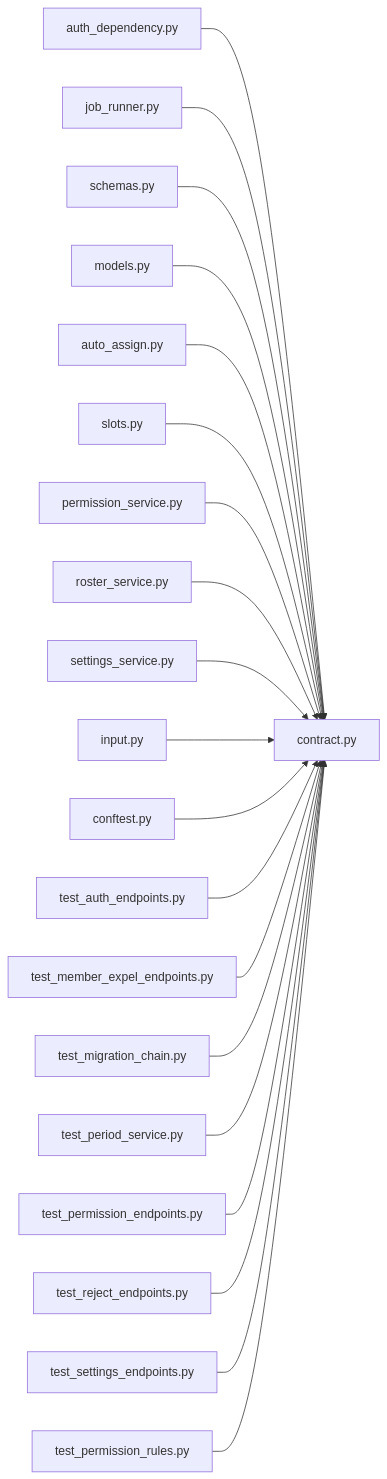
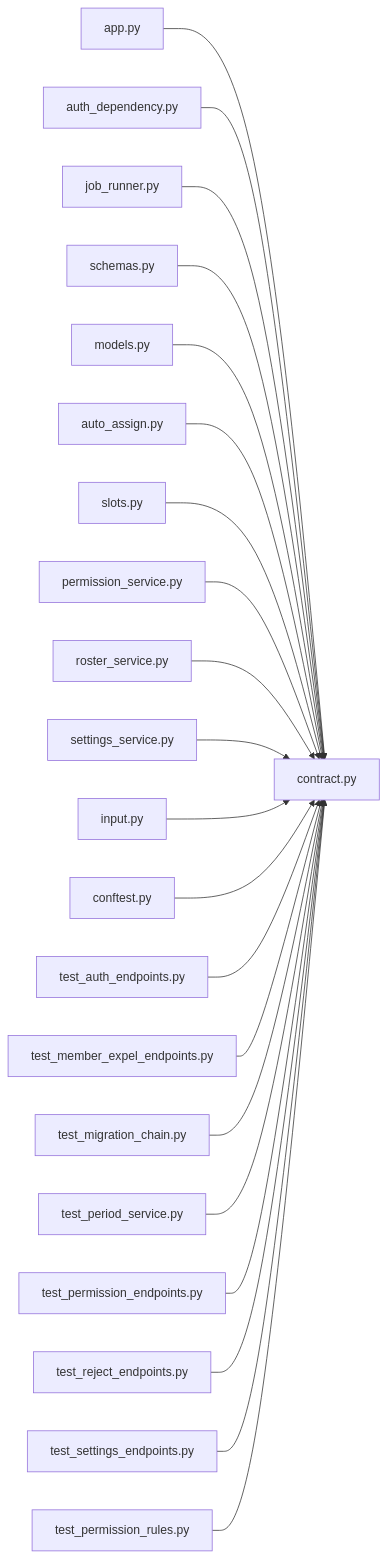
Before and after one commit to minkong-dev/Banblit: the diagram in .cluedoc/graph/backend/src/backend/contract.md, drawn with Mermaid. The commit also changed other lines of this file and 47 other files, not shown here.

````diff
--- a/.cluedoc/graph/backend/src/backend/contract.md
+++ b/.cluedoc/graph/backend/src/backend/contract.md
@@ -10,23 +10,24 @@
 ```mermaid
 flowchart LR
   backend_src_backend_contract["contract.py"]
+  backend_src_backend_api_app["app.py"] --> backend_src_backend_contract
   backend_src_backend_api_auth_dependency["auth_dependency.py"] --> backend_src_backend_contract
   backend_src_backend_api_job_runner["job_runner.py"] --> backend_src_backend_contract
   backend_src_backend_api_schemas["schemas.py"] --> backend_src_backend_contract
   backend_src_backend_db_models["models.py"] --> backend_src_backend_contract
   backend_src_backend_jobs_auto_assign["auto_assign.py"] --> backend_src_backend_contract
   backend_src_backend_scheduling_slots["slots.py"] --> backend_src_backend_contract
   backend_src_backend_services_permission_permission_service["permission_service.py"] --> backend_src_backend_contract
   backend_src_backend_services_roster_roster_service["roster_service.py"] --> backend_src_backend_contract
   backend_src_backend_services_settings_settings_service["settings_service.py"] --> backend_src_backend_contract
   backend_src_backend_services_validation_input["input.py"] --> backend_src_backend_contract
   backend_tests_conftest["conftest.py"] --> backend_src_backend_contract
   backend_tests_integration_db_test_auth_endpoints["test_auth_endpoints.py"] --> backend_src_backend_contract
   backend_tests_integration_db_test_member_expel_endpoints["test_member_expel_endpoints.py"] --> backend_src_backend_contract
   backend_tests_integration_db_test_migration_chain["test_migration_chain.py"] --> backend_src_backend_contract
   backend_tests_integration_db_test_period_service["test_period_service.py"] --> backend_src_backend_contract
   backend_tests_integration_db_test_permission_endpoints["test_permission_endpoints.py"] --> backend_src_backend_contract
   backend_tests_integration_db_test_reject_endpoints["test_reject_endpoints.py"] --> backend_src_backend_contract
   backend_tests_integration_db_test_settings_endpoints["test_settings_endpoints.py"] --> backend_src_backend_contract
   backend_tests_unit_test_permission_rules["test_permission_rules.py"] --> backend_src_backend_contract
 ```
````
